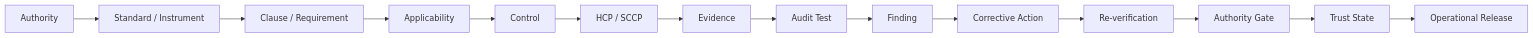
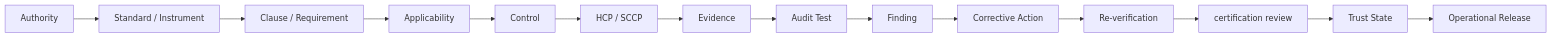
The first of 15 diagrams in master-standards-stack/process-flow-infographics/AHTE_HD_VISUAL_ATLAS.md (mavericken777/GlobalHalalDigitalTrust), drawn with Mermaid before and after one commit. The commit also changed other lines of this file and 153 other files, not shown here.

Commit message:
Revamp current ecosystem architecture and remove retired project gates

````diff
--- a/master-standards-stack/process-flow-infographics/AHTE_HD_VISUAL_ATLAS.md
+++ b/master-standards-stack/process-flow-infographics/AHTE_HD_VISUAL_ATLAS.md
@@ -18,16 +16,16 @@
 ```mermaid
 flowchart LR
     A[Authority] --> B[Standard / Instrument]
     B --> C[Clause / Requirement]
     C --> D[Applicability]
     D --> E[Control]
     E --> F[HCP / SCCP]
     F --> G[Evidence]
     G --> H[Audit Test]
     H --> I[Finding]
     I --> J[Corrective Action]
     J --> K[Re-verification]
-    K --> L[Authority Gate]
+    K --> L[certification review]
     L --> M[Trust State]
     M --> N[Operational Release]
 ```
````
